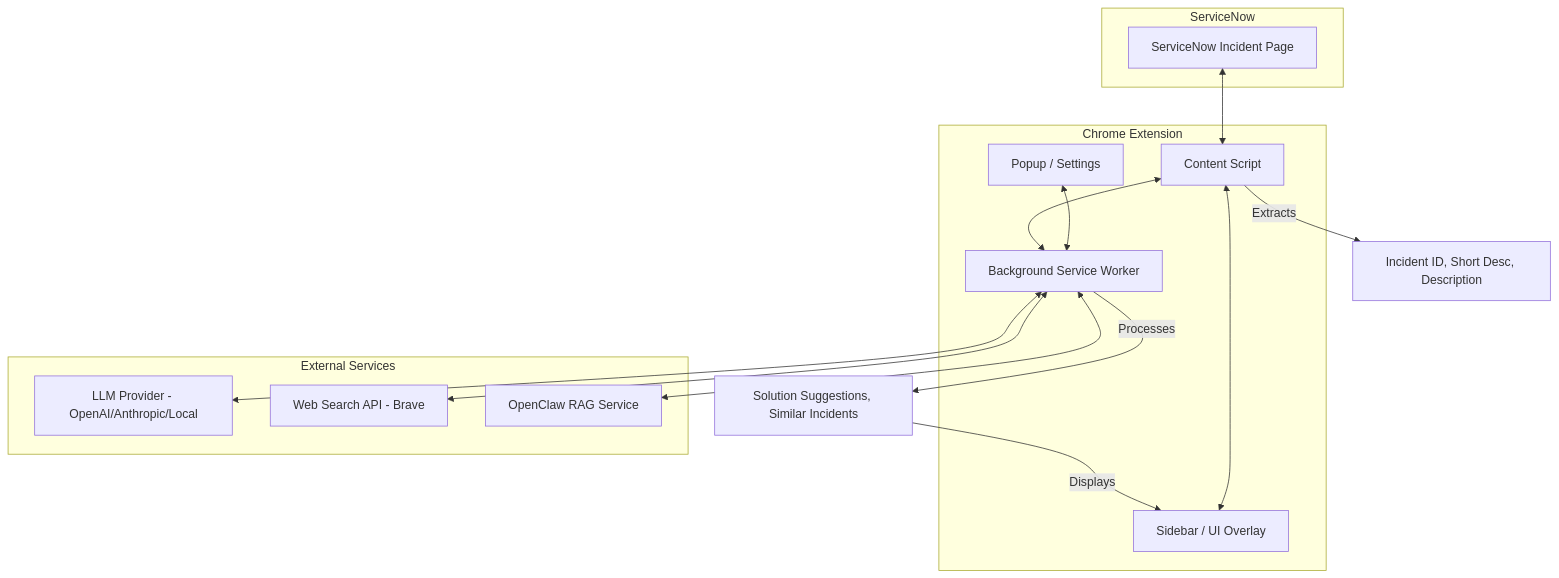
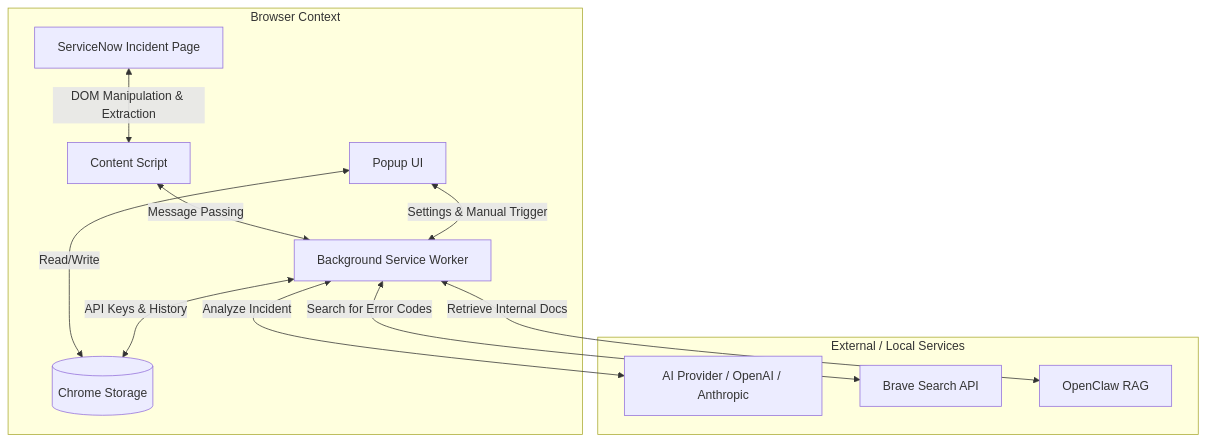
One commit to pajohmail/servicenow-agent changed the diagram in design/architecture.md. Above: the diagram before and after it, drawn with Mermaid. The commit also changed other lines of this file and 8 other files, not shown here.

Commit message:
docs: add architecture design and project structure feat: implement basic manifest, popup, content script, and background worker docs: add github issues for project milestones

````diff
--- a/design/architecture.md
+++ b/design/architecture.md
@@ -3,22 +7,27 @@
 ```mermaid
 graph TD
-    subgraph Chrome Extension
-        CS[Content Script] <--> BSW[Background Service Worker]
-        POP[Popup / Settings] <--> BSW
-        SIDE[Sidebar / UI Overlay] <--> CS
+    subgraph Browser Context
+        SN[ServiceNow Incident Page]
+        CS[Content Script]
+        P[Popup UI]
+        BS[Background Service Worker]
+        ST[(Chrome Storage)]
     end
 
-    subgraph External Services
-        BSW <--> LLM[LLM Provider - OpenAI/Anthropic/Local]
-        BSW <--> WS[Web Search API - Brave]
-        BSW <--> RAG[OpenClaw RAG Service]
+    subgraph External / Local Services
+        LLM[AI Provider / OpenAI / Anthropic]
+        WS[Brave Search API]
+        RAG[OpenClaw RAG]
     end
 
-    subgraph ServiceNow
-        SN_DOM[ServiceNow Incident Page] <--> CS
-    end
-
-    CS -- Extracts --> IncidentData[Incident ID, Short Desc, Description]
-    BSW -- Processes --> Analysis[Solution Suggestions, Similar Incidents]
-    Analysis -- Displays --> SIDE
+    %% Interactions
+    SN <-->|DOM Manipulation & Extraction| CS
+    CS <-->|Message Passing| BS
+    P <-->|Settings & Manual Trigger| BS
+    P <-->|Read/Write| ST
+    BS <-->|API Keys & History| ST
+    
+    BS <-->|Analyze Incident| LLM
+    BS <-->|Search for Error Codes| WS
+    BS <-->|Retrieve Internal Docs| RAG
 ```
````
